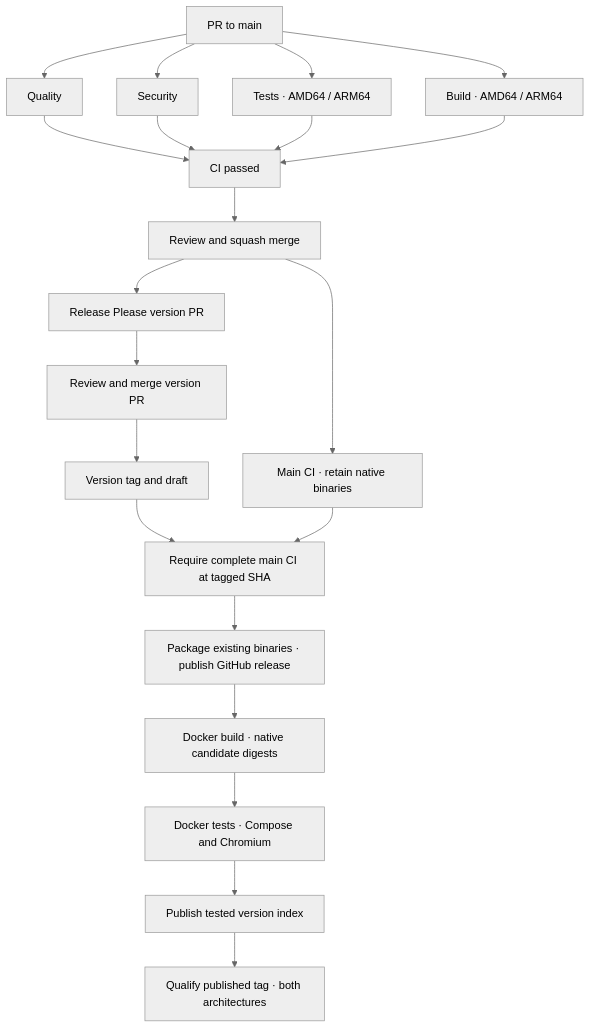
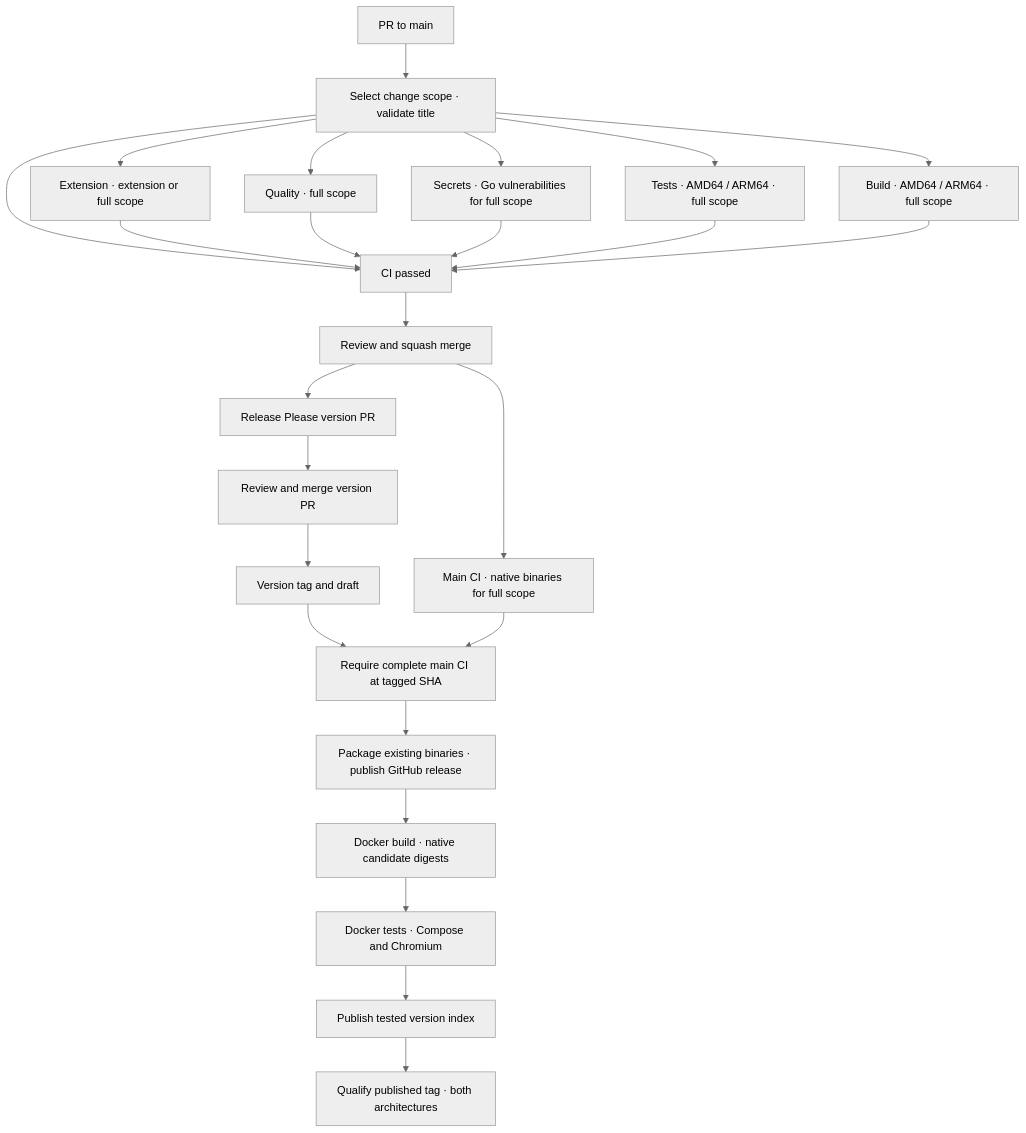
The diagram in docs/CI.md (theopoc/pocketmark), drawn with Mermaid (neutral theme) before and after one commit. The commit also changed other lines of this file and 6 other files, not shown here.

Commit message:
ci: scope checks to documentation and extension changes

````diff
--- a/docs/CI.md
+++ b/docs/CI.md
@@ -155,23 +172,27 @@
 ```mermaid
 flowchart TD
-    PR["PR to main"] --> Q["Quality"]
-    PR --> S["Security"]
-    PR --> T["Tests · AMD64 / ARM64"]
-    PR --> B["Build · AMD64 / ARM64"]
-    Q --> G["CI passed"]
+    PR["PR to main"] --> SCOPE["Select change scope · validate title"]
+    SCOPE --> Q["Quality · full scope"]
+    SCOPE --> S["Secrets · Go vulnerabilities for full scope"]
+    SCOPE --> T["Tests · AMD64 / ARM64 · full scope"]
+    SCOPE --> EXT["Extension · extension or full scope"]
+    SCOPE --> B["Build · AMD64 / ARM64 · full scope"]
+    SCOPE --> G["CI passed"]
+    EXT --> G
+    Q --> G
     S --> G
     T --> G
     B --> G
     G --> M["Review and squash merge"]
-    M --> CI["Main CI · retain native binaries"]
+    M --> CI["Main CI · native binaries for full scope"]
     M --> RP["Release Please version PR"]
     RP --> R["Review and merge version PR"]
     R --> TAG["Version tag and draft"]
     TAG --> WAIT["Require complete main CI at tagged SHA"]
     CI --> WAIT
     WAIT --> PUB["Package existing binaries · publish GitHub release"]
     PUB --> DB["Docker build · native candidate digests"]
     DB --> DT["Docker tests · Compose and Chromium"]
     DT --> DP["Publish tested version index"]
     DP --> V["Qualify published tag · both architectures"]
 ```
````
